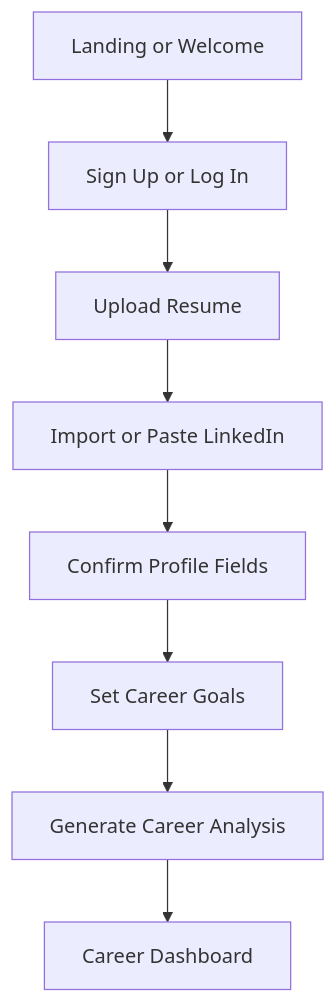
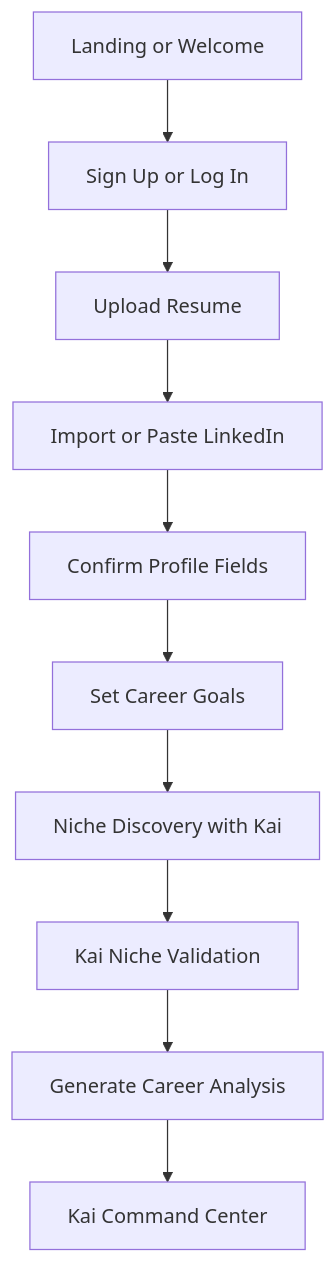
One commit to Mirzzie/Fadi changed the first of 6 diagrams in docs/MVP_USER_JOURNEYS.md. Above: the diagram before and after it, drawn with Mermaid. The commit also changed other lines of this file and 65 other files, not shown here.

First line of the commit message:
docs: update architecture docs for Better Auth, Kai, and data sources

````diff
--- a/docs/MVP_USER_JOURNEYS.md
+++ b/docs/MVP_USER_JOURNEYS.md
@@ -15,10 +17,12 @@
 ```mermaid
 flowchart TD
     Start[Landing or Welcome] --> Auth[Sign Up or Log In]
     Auth --> Resume[Upload Resume]
     Resume --> LinkedIn[Import or Paste LinkedIn]
     LinkedIn --> Profile[Confirm Profile Fields]
     Profile --> Goals[Set Career Goals]
-    Goals --> Analyze[Generate Career Analysis]
-    Analyze --> Dashboard[Career Dashboard]
+    Goals --> Niche[Niche Discovery with Kai]
+    Niche --> Validate[Kai Niche Validation]
+    Validate --> Analyze[Generate Career Analysis]
+    Analyze --> Dashboard[Kai Command Center]
 ```
````
